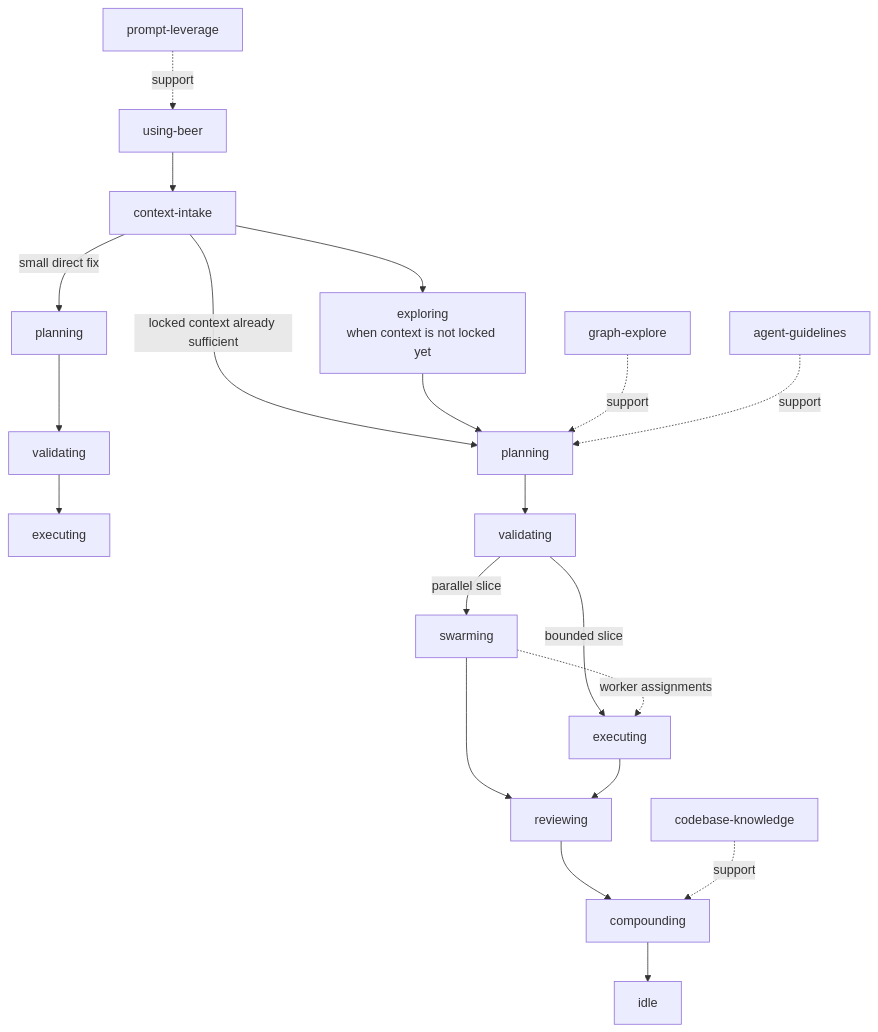
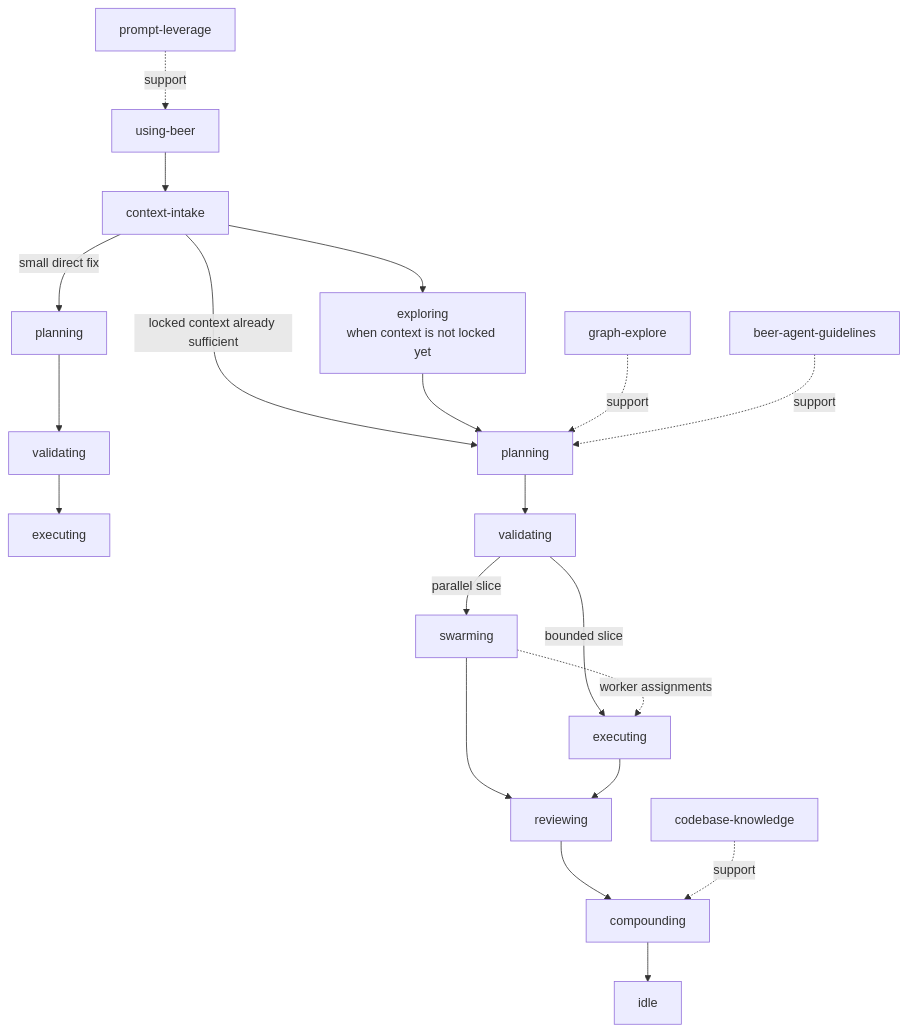
The first of 2 diagrams in docs/ecosystem-flow-overview.md (Huy-04/beer-skills), drawn with Mermaid before and after one commit. The commit also changed other lines of this file and 14 other files, not shown here.

````diff
--- a/docs/ecosystem-flow-overview.md
+++ b/docs/ecosystem-flow-overview.md
@@ -18,23 +18,23 @@
 ```mermaid
 flowchart TD
     UB[using-beer] --> CI[context-intake]
     CI -->|small direct fix| SP[planning]
     CI -->|locked context already sufficient| PL[planning]
     CI --> EX[exploring<br/>when context is not locked yet]
     SP --> SV[validating]
     SV --> SE[executing]
     EX --> PL
     PL --> VA[validating]
     VA -->|parallel slice| SW[swarming]
     VA -->|bounded slice| EW[executing]
     SW -. worker assignments .-> EW
     SW --> RV[reviewing]
     EW --> RV[reviewing]
     RV --> CO[compounding]
     CO --> IDLE[idle]
 
     GH[graph-explore] -. support .-> PL
     PH[prompt-leverage] -. support .-> UB
     KB[codebase-knowledge] -. support .-> CO
-    AG[agent-guidelines] -. support .-> PL
+    AG[beer-agent-guidelines] -. support .-> PL
 ```
````
